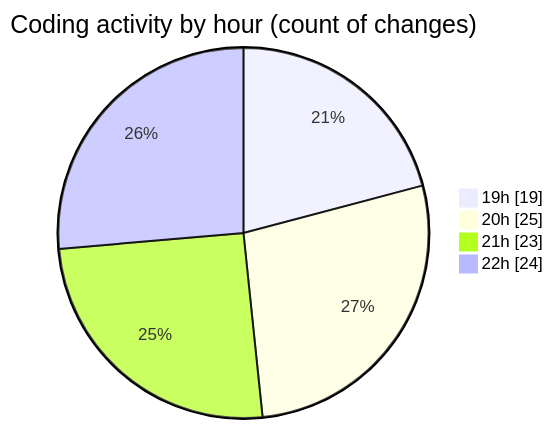
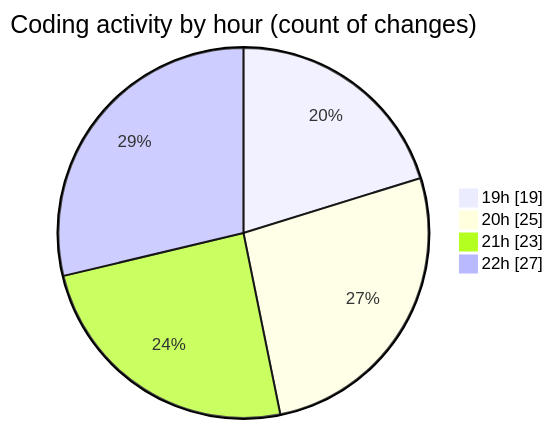
One commit to momahboobian/code-tracking changed the second of 2 diagrams in 2025-05-12/news-clock-system-caspercg/README.md. Above: the diagram before and after it, drawn with Mermaid. The commit also changed other lines of this file and 1 other file, not shown here.

````diff
--- a/2025-05-12/news-clock-system-caspercg/README.md
+++ b/2025-05-12/news-clock-system-caspercg/README.md
@@ -44,8 +45,8 @@
 ```mermaid
 pie showData
 title Coding activity by hour (count of changes)
 "19h" : 19
 "20h" : 25
 "21h" : 23
-"22h" : 24
+"22h" : 27
 ```
````
